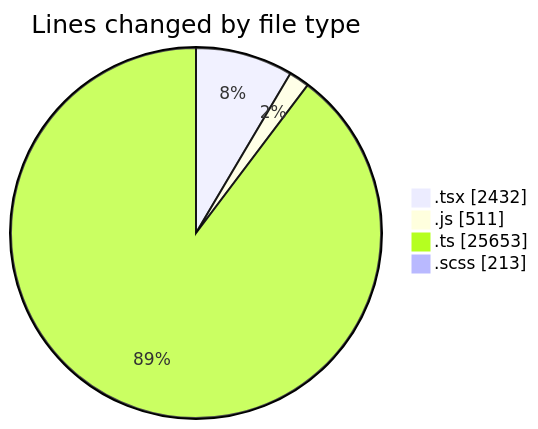
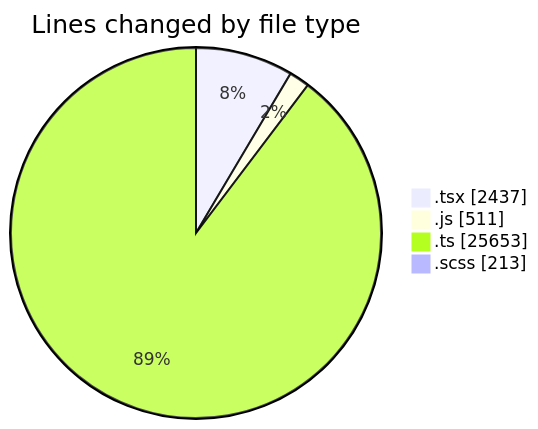
The first of 2 diagrams in 2025-06-30/cda/README.md (momahboobian/code-tracking), drawn with Mermaid before and after one commit. The commit also changed other lines of this file and 1 other file, not shown here.

````diff
--- a/2025-06-30/cda/README.md
+++ b/2025-06-30/cda/README.md
@@ -41,8 +41,8 @@
 ```mermaid
 pie showData
 title Lines changed by file type
-".tsx" : 2432
+".tsx" : 2437
 ".js" : 511
 ".ts" : 25653
 ".scss" : 213
 ```
````
